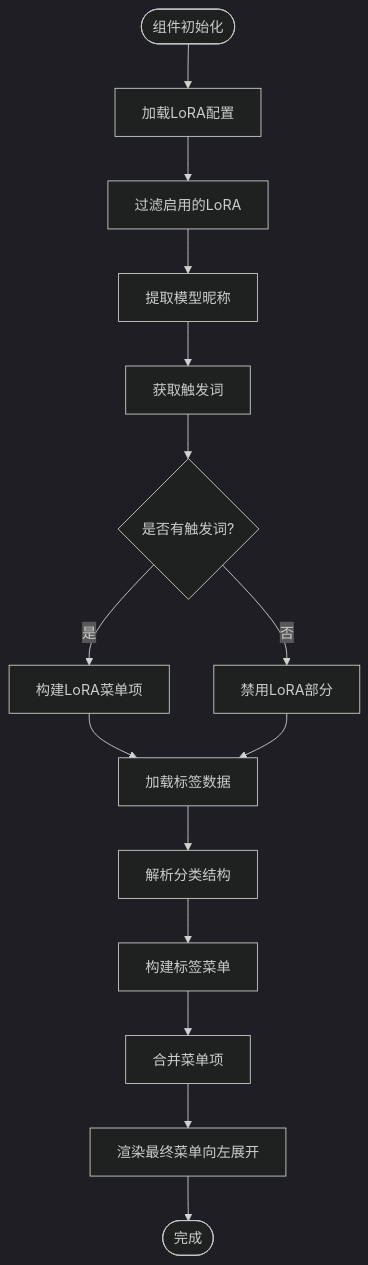
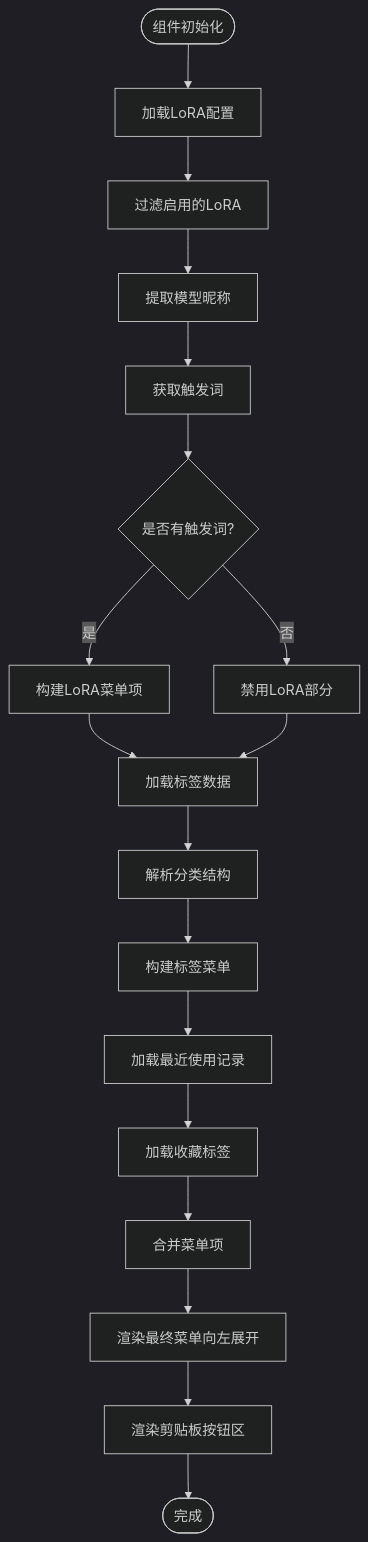
Before and after one commit to billye220670/CorineKit_Pix2Real: the fourth of 17 diagrams in .qoder/repowiki/zh/content/用户界面组件/提示词上下文菜单.md, drawn with Mermaid (dark theme). The commit also changed other lines of this file and 49 other files, not shown here.

````diff
--- a/.qoder/repowiki/zh/content/用户界面组件/提示词上下文菜单.md
+++ b/.qoder/repowiki/zh/content/用户界面组件/提示词上下文菜单.md
@@ -214,17 +287,20 @@
 ```mermaid
 flowchart TD
 Start([组件初始化]) --> LoadLoras["加载LoRA配置"]
 LoadLoras --> FilterLoras["过滤启用的LoRA"]
 FilterLoras --> ExtractNames["提取模型昵称"]
 ExtractNames --> GetTriggers["获取触发词"]
 GetTriggers --> CheckTriggers{"是否有触发词?"}
 CheckTriggers --> |是| BuildLoraMenu["构建LoRA菜单项"]
 CheckTriggers --> |否| DisableSection["禁用LoRA部分"]
 BuildLoraMenu --> LoadTags["加载标签数据"]
 DisableSection --> LoadTags
 LoadTags --> ParseCategories["解析分类结构"]
 ParseCategories --> BuildTagMenu["构建标签菜单"]
-BuildTagMenu --> CombineMenus["合并菜单项"]
+BuildTagMenu --> LoadRecent["加载最近使用记录"]
+LoadRecent --> LoadFavorites["加载收藏标签"]
+LoadFavorites --> CombineMenus["合并菜单项"]
 CombineMenus --> RenderMenu["渲染最终菜单向左展开"]
-RenderMenu --> End([完成])
+RenderMenu --> RenderClipboard["渲染剪贴板按钮区"]
+RenderClipboard --> End([完成])
 ```
````
